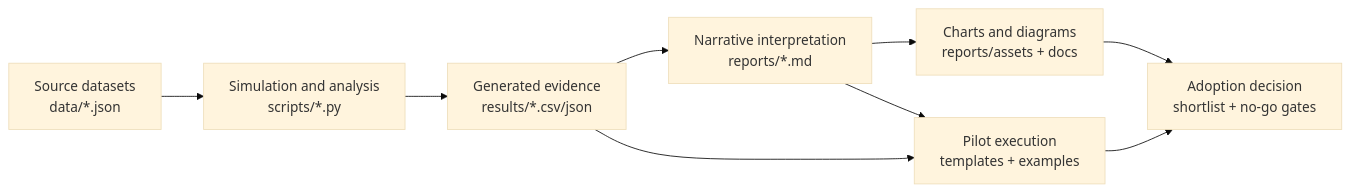
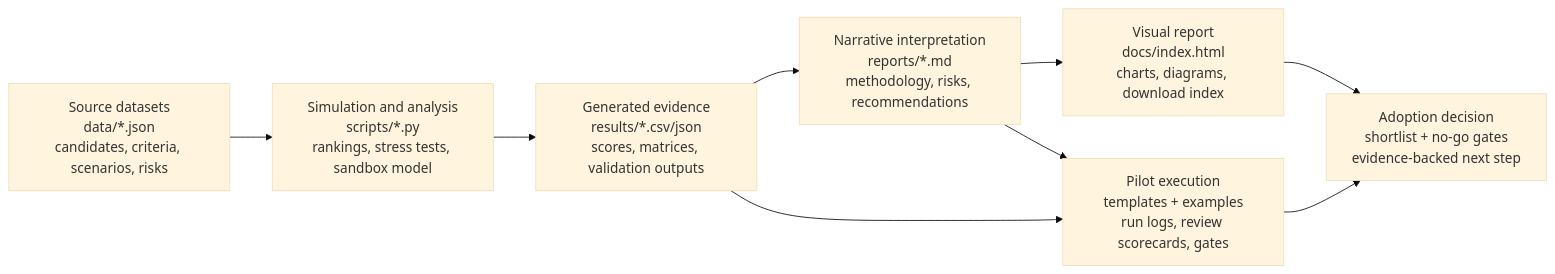
Before and after one commit to gvillarroel/sdlc: the first of 2 diagrams in reports/final_global_report.md, drawn with Mermaid (base theme). The commit also changed other lines of this file and 16 other files, not shown here.

Commit message:
Render final report diagrams in GitHub Pages

````diff
--- a/reports/final_global_report.md
+++ b/reports/final_global_report.md
@@ -54,14 +54,14 @@
 ```mermaid
 flowchart LR
-    Inputs["Source datasets<br/>data/*.json"]
-    Simulation["Simulation and analysis<br/>scripts/*.py"]
-    Results["Generated evidence<br/>results/*.csv/json"]
-    Reports["Narrative interpretation<br/>reports/*.md"]
-    Visuals["Charts and diagrams<br/>reports/assets + docs"]
-    Pilot["Pilot execution<br/>templates + examples"]
-    Decision["Adoption decision<br/>shortlist + no-go gates"]
+    Inputs["Source datasets<br/>data/*.json<br/>candidates, criteria, scenarios, risks"]
+    Simulation["Simulation and analysis<br/>scripts/*.py<br/>rankings, stress tests, sandbox model"]
+    Results["Generated evidence<br/>results/*.csv/json<br/>scores, matrices, validation outputs"]
+    Reports["Narrative interpretation<br/>reports/*.md<br/>methodology, risks, recommendations"]
+    Visuals["Visual report<br/>docs/index.html<br/>charts, diagrams, download index"]
+    Pilot["Pilot execution<br/>templates + examples<br/>run logs, review scorecards, gates"]
+    Decision["Adoption decision<br/>shortlist + no-go gates<br/>evidence-backed next step"]
 
     Inputs --> Simulation --> Results --> Reports --> Visuals --> Decision
     Results --> Pilot --> Decision
     Reports --> Pilot
 ```
````
